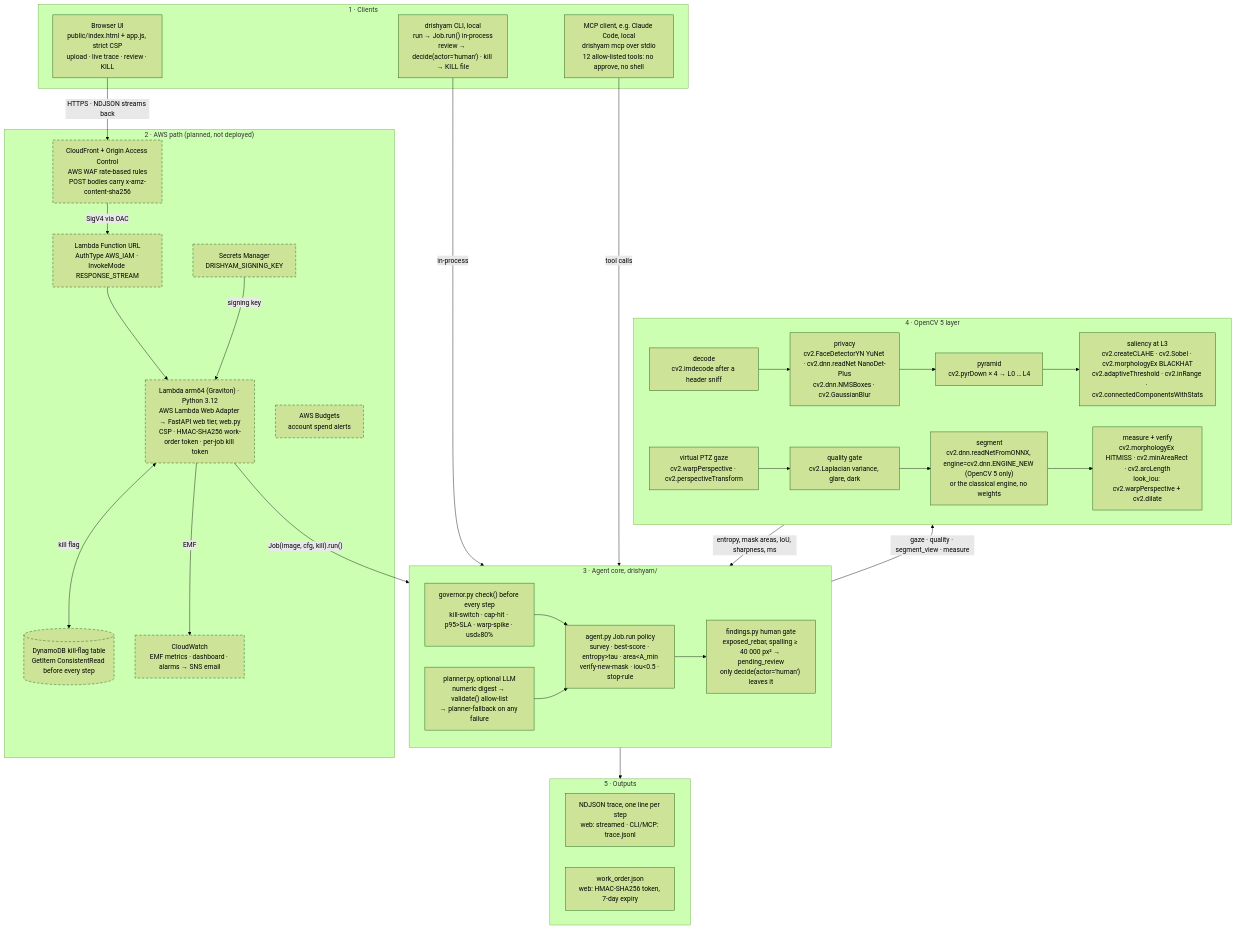
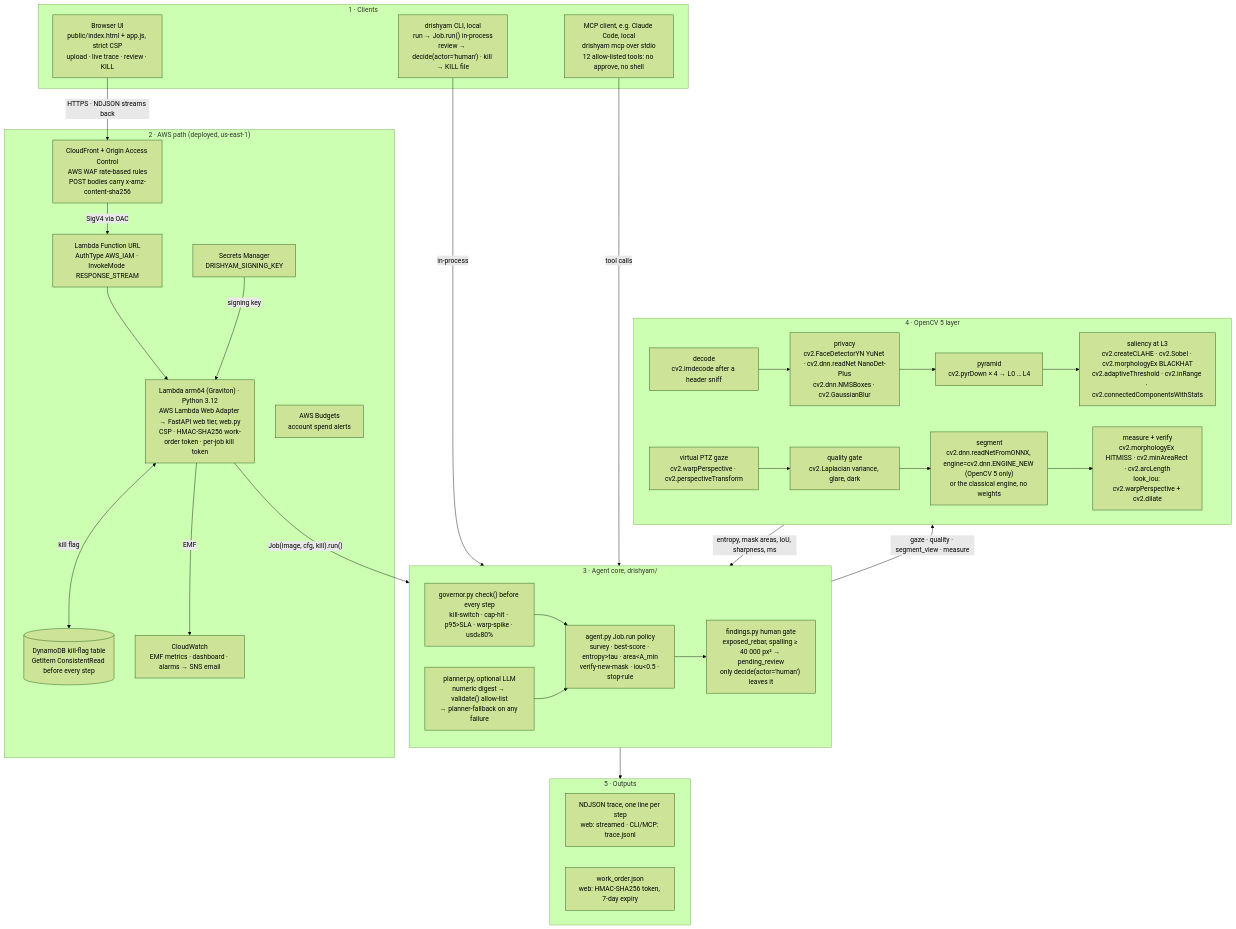
The diagram in docs/architecture.mmd (vj-io/drishyam), drawn with Mermaid (forest theme) before and after one commit. The commit also changed 7 other files, not shown here.

First line of the commit message:
docs: the live demo is https://d1xg58guluup8c.cloudfront.net; AWS boxes drawn as deployed

```diff
--- a/docs/architecture.mmd
+++ b/docs/architecture.mmd
@@ -1,63 +1,59 @@
 %% Drishyam system architecture: the same content as docs/architecture.svg.
-%% Dashed boxes: the AWS path is planned, not deployed.
 %% cv2 names are the calls made in drishyam/imaging.py, privacy.py, segment.py, measure.py and agent.py.
 flowchart TB
     subgraph CLIENTS["1 · Clients"]
         UI["Browser UI<br/>public/index.html + app.js, strict CSP<br/>upload · live trace · review · KILL"]
         CLI["drishyam CLI, local<br/>run → Job.run() in-process<br/>review → decide(actor='human') · kill → KILL file"]
         MCPC["MCP client, e.g. Claude Code, local<br/>drishyam mcp over stdio<br/>12 allow-listed tools: no approve, no shell"]
     end
 
-    subgraph AWS["2 · AWS path (planned, not deployed)"]
+    subgraph AWS["2 · AWS path (deployed, us-east-1)"]
         CF["CloudFront + Origin Access Control<br/>AWS WAF rate-based rules<br/>POST bodies carry x-amz-content-sha256"]
         FURL["Lambda Function URL<br/>AuthType AWS_IAM · InvokeMode RESPONSE_STREAM"]
         LAMBDA["Lambda arm64 (Graviton) · Python 3.12<br/>AWS Lambda Web Adapter → FastAPI web tier, web.py<br/>CSP · HMAC-SHA256 work-order token · per-job kill token"]
         DDB[("DynamoDB kill-flag table<br/>GetItem ConsistentRead before every step")]
         SM["Secrets Manager<br/>DRISHYAM_SIGNING_KEY"]
         CW["CloudWatch<br/>EMF metrics · dashboard · alarms → SNS email"]
         BUD["AWS Budgets<br/>account spend alerts"]
     end
 
     subgraph CORE["3 · Agent core, drishyam/"]
         POLICY["agent.py Job.run policy<br/>survey · best-score · entropy#gt;tau · area#lt;A_min<br/>verify-new-mask · iou#lt;0.5 · stop-rule"]
         GOV["governor.py check() before every step<br/>kill-switch · cap-hit · p95#gt;SLA · warp-spike · usd≥80%"]
         PLAN["planner.py, optional LLM<br/>numeric digest → validate() allow-list<br/>→ planner-fallback on any failure"]
         GATE["findings.py human gate<br/>exposed_rebar, spalling ≥ 40 000 px² → pending_review<br/>only decide(actor='human') leaves it"]
         GOV --> POLICY
         PLAN --> POLICY
         POLICY --> GATE
     end
 
     subgraph CV["4 · OpenCV 5 layer"]
         DEC["decode<br/>cv2.imdecode after a header sniff"]
         PRIV["privacy<br/>cv2.FaceDetectorYN YuNet · cv2.dnn.readNet NanoDet-Plus<br/>cv2.dnn.NMSBoxes · cv2.GaussianBlur"]
         PYR["pyramid<br/>cv2.pyrDown × 4 → L0 … L4"]
         SAL["saliency at L3<br/>cv2.createCLAHE · cv2.Sobel · cv2.morphologyEx BLACKHAT<br/>cv2.adaptiveThreshold · cv2.inRange · cv2.connectedComponentsWithStats"]
         GAZE["virtual PTZ gaze<br/>cv2.warpPerspective · cv2.perspectiveTransform"]
         QG["quality gate<br/>cv2.Laplacian variance, glare, dark"]
         SEG["segment<br/>cv2.dnn.readNetFromONNX, engine=cv2.dnn.ENGINE_NEW (OpenCV 5 only)<br/>or the classical engine, no weights"]
         MEAS["measure + verify<br/>cv2.morphologyEx HITMISS · cv2.minAreaRect · cv2.arcLength<br/>look_iou: cv2.warpPerspective + cv2.dilate"]
         DEC --> PRIV --> PYR --> SAL
         GAZE --> QG --> SEG --> MEAS
     end
 
     subgraph OUT["5 · Outputs"]
         TRACE["NDJSON trace, one line per step<br/>web: streamed · CLI/MCP: trace.jsonl"]
         WO["work_order.json<br/>web: HMAC-SHA256 token, 7-day expiry"]
     end
 
     UI -->|"HTTPS · NDJSON streams back"| CF
     CF -->|"SigV4 via OAC"| FURL --> LAMBDA
     LAMBDA <-->|"kill flag"| DDB
     SM -->|"signing key"| LAMBDA
     LAMBDA -->|"EMF"| CW
     BUD ~~~ CW
     LAMBDA -->|"Job(image, cfg, kill).run()"| CORE
     CLI -->|"in-process"| CORE
     MCPC -->|"tool calls"| CORE
     CORE -->|"gaze · quality · segment_view · measure"| CV
     CV -->|"entropy, mask areas, IoU, sharpness, ms"| CORE
     CORE --> OUT
-
-    classDef planned stroke-dasharray: 6 4
-    class CF,FURL,LAMBDA,DDB,SM,CW,BUD planned
```
